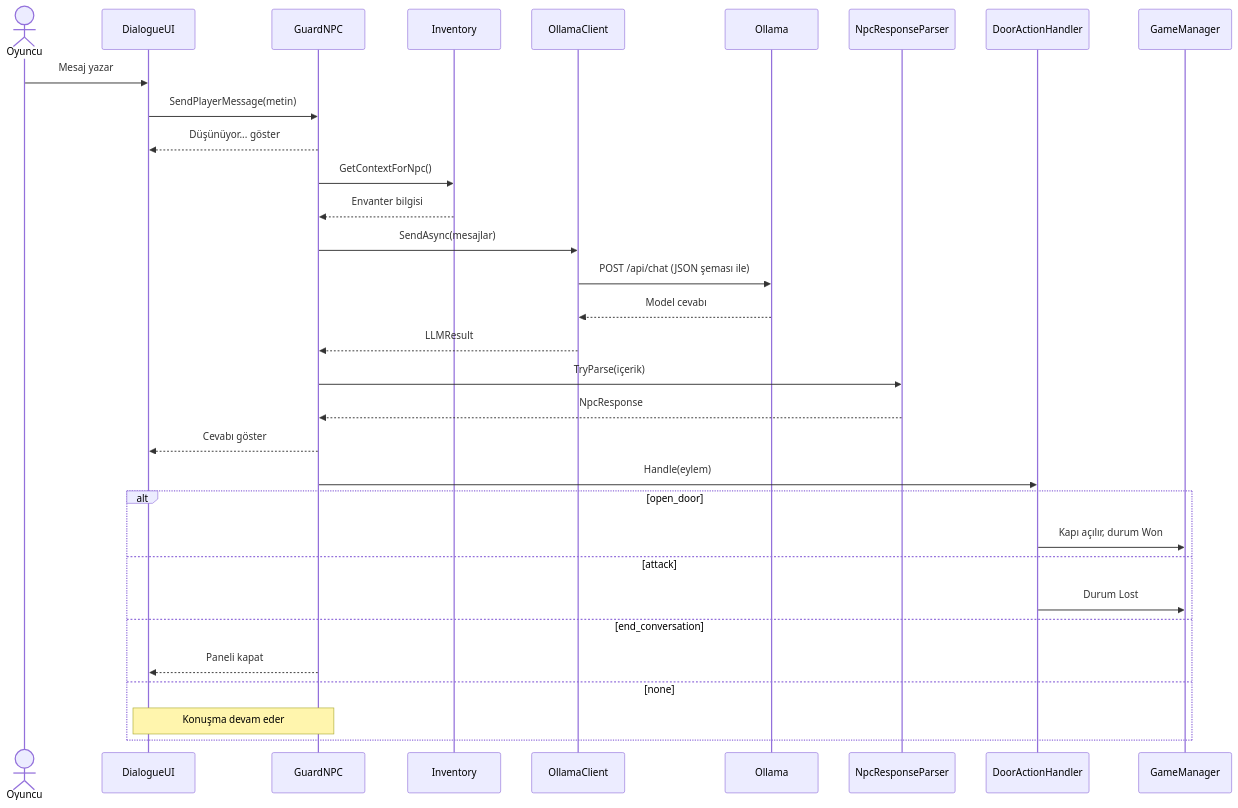
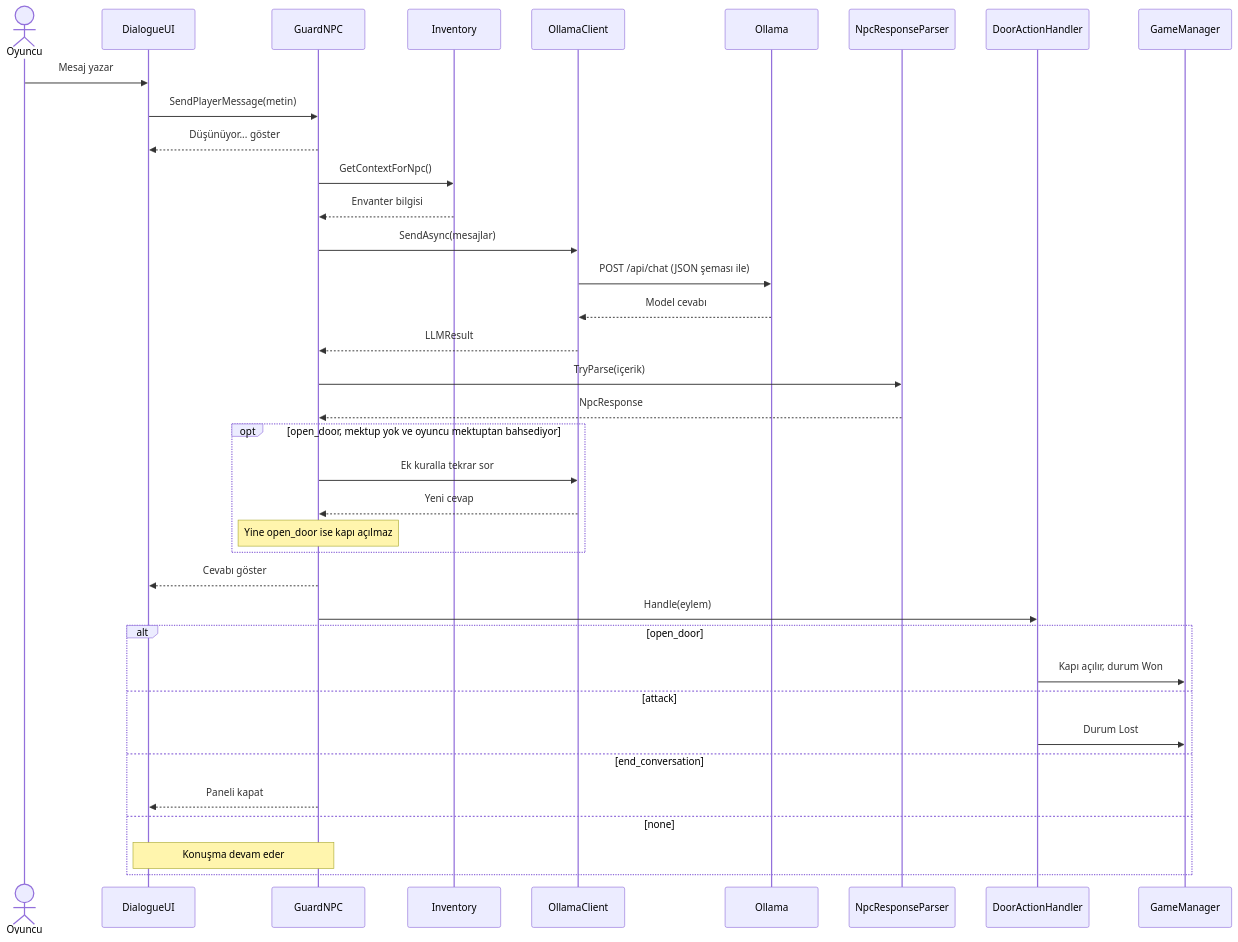
Before and after one commit to osmanbadar/yazlab_proje1_GuneyKapisi: the fourth of 4 diagrams in README.md, drawn with Mermaid. The commit also changed other lines of this file, not shown here.

````diff
--- a/README.md
+++ b/README.md
@@ -157,35 +162,40 @@
 ```mermaid
 sequenceDiagram
     actor Oyuncu
     participant UI as DialogueUI
     participant NPC as GuardNPC
     participant Env as Inventory
     participant Client as OllamaClient
     participant Ollama
     participant Parser as NpcResponseParser
     participant Handler as DoorActionHandler
     participant GM as GameManager
 
     Oyuncu->>UI: Mesaj yazar
     UI->>NPC: SendPlayerMessage(metin)
     NPC-->>UI: Düşünüyor... göster
     NPC->>Env: GetContextForNpc()
     Env-->>NPC: Envanter bilgisi
     NPC->>Client: SendAsync(mesajlar)
     Client->>Ollama: POST /api/chat (JSON şeması ile)
     Ollama-->>Client: Model cevabı
     Client-->>NPC: LLMResult
     NPC->>Parser: TryParse(içerik)
     Parser-->>NPC: NpcResponse
+    opt open_door, mektup yok ve oyuncu mektuptan bahsediyor
+        NPC->>Client: Ek kuralla tekrar sor
+        Client-->>NPC: Yeni cevap
+        Note over NPC: Yine open_door ise kapı açılmaz
+    end
     NPC-->>UI: Cevabı göster
     NPC->>Handler: Handle(eylem)
     alt open_door
         Handler->>GM: Kapı açılır, durum Won
     else attack
         Handler->>GM: Durum Lost
     else end_conversation
         NPC-->>UI: Paneli kapat
     else none
         Note over UI,NPC: Konuşma devam eder
     end
 ```
````
